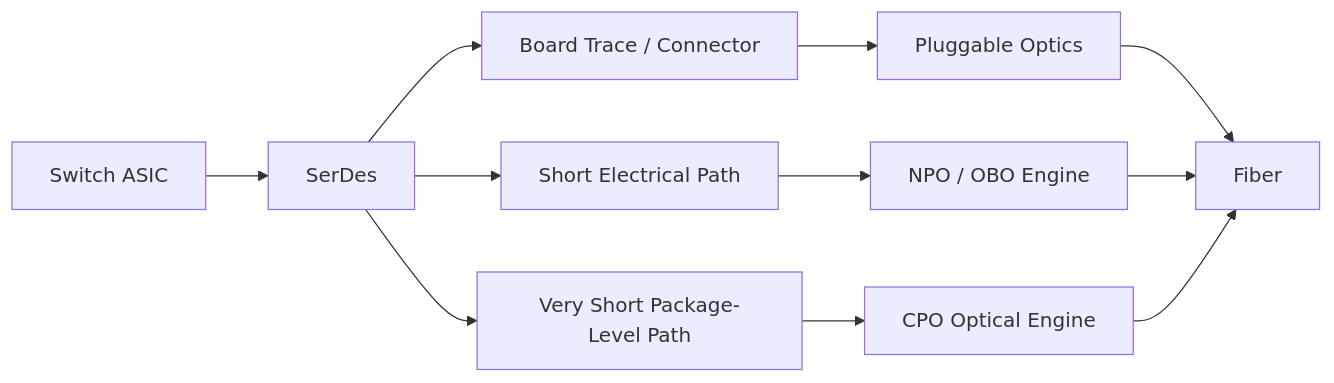
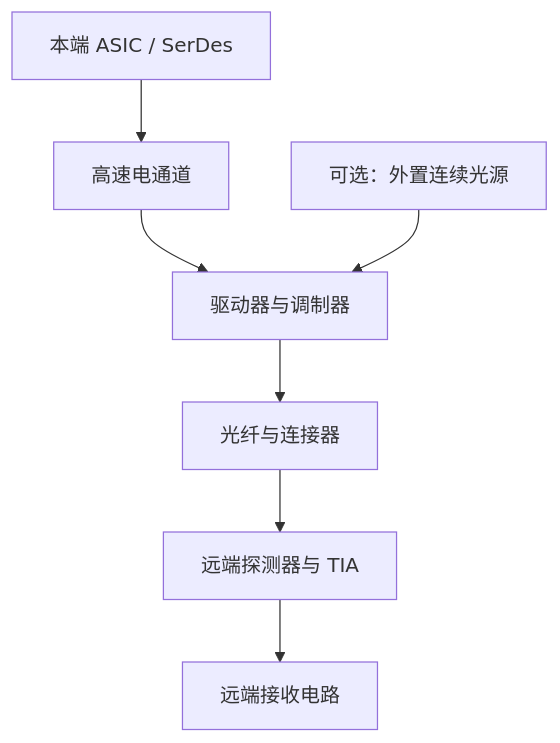
The diagram in series/interconnect/CPO/03-architecture-platform/system-stack.md (microarch-flow/wiki), drawn with Mermaid before and after one commit. The commit also changed other lines of this file and 73 other files, not shown here.

````diff
--- a/series/interconnect/CPO/03-architecture-platform/system-stack.md
+++ b/series/interconnect/CPO/03-architecture-platform/system-stack.md
@@ -61,15 +63,9 @@
 ```mermaid
-graph LR
-    A[Switch ASIC] --> B[SerDes]
-    B --> C1[Board Trace / Connector]
-    C1 --> D1[Pluggable Optics]
-    D1 --> E[Fiber]
-
-    B --> C2[Short Electrical Path]
-    C2 --> D2[NPO / OBO Engine]
-    D2 --> E
-
-    B --> C3[Very Short Package-Level Path]
-    C3 --> D3[CPO Optical Engine]
-    D3 --> E
+flowchart TD
+    A[本端 ASIC / SerDes] --> B[高速电通道]
+    B --> C[驱动器与调制器]
+    L[可选：外置连续光源] --> C
+    C --> D[光纤与连接器]
+    D --> E[远端探测器与 TIA]
+    E --> F[远端接收电路]
 ```
````
